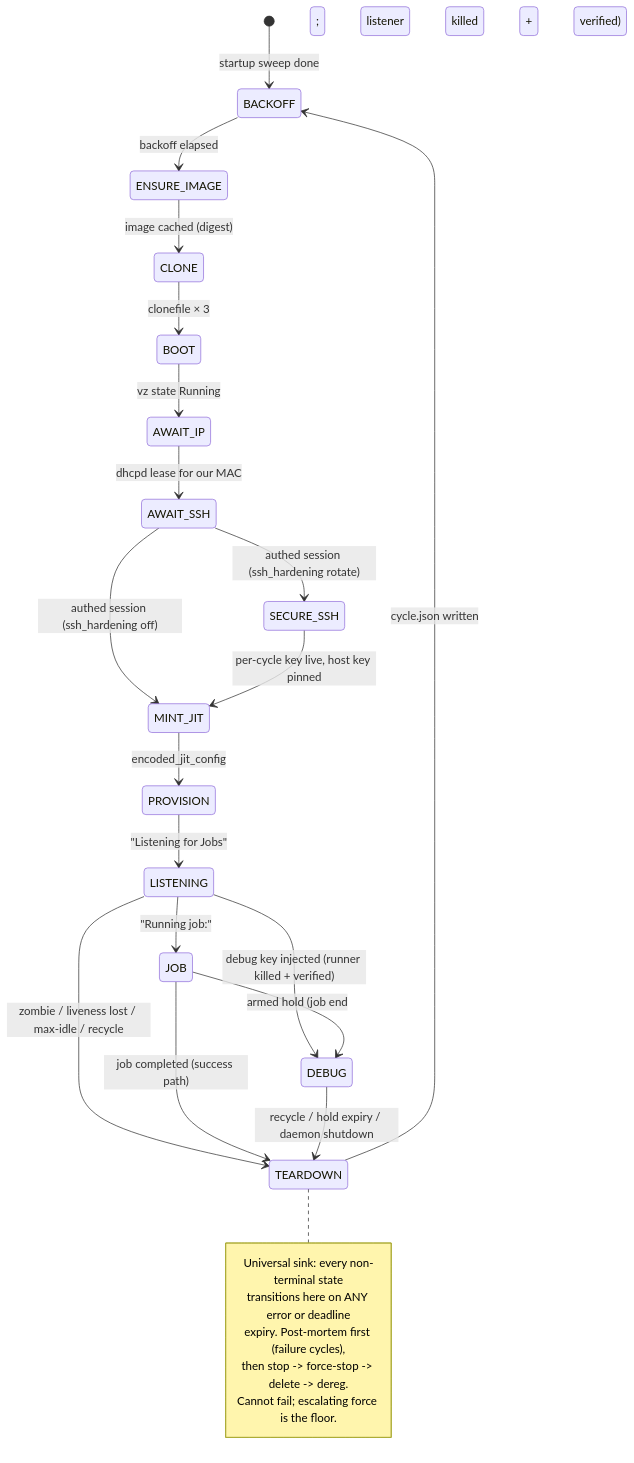
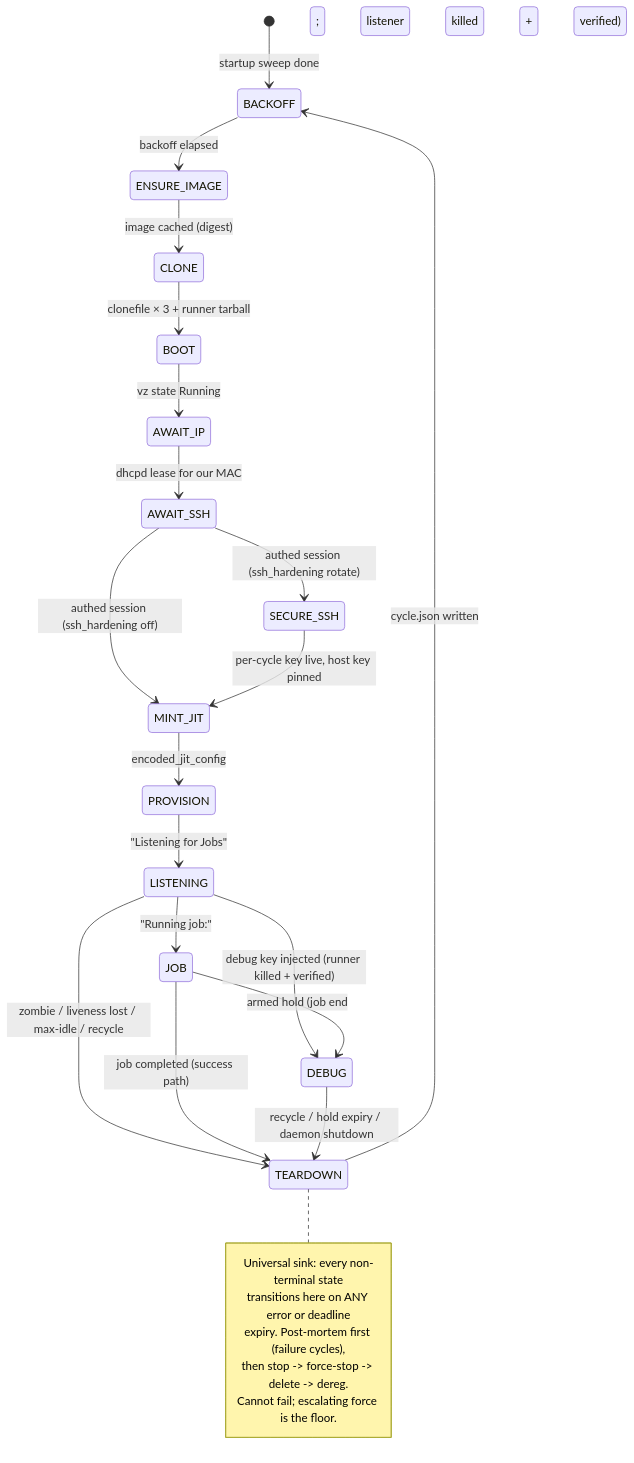
Before and after one commit to bojanrajkovic/runny: the second of 2 diagrams in docs/architecture/runnyd.md, drawn with Mermaid. The commit also changed other lines of this file and 19 other files, not shown here.

````diff
--- a/docs/architecture/runnyd.md
+++ b/docs/architecture/runnyd.md
@@ -45,29 +45,29 @@
 ```mermaid
 stateDiagram-v2
     [*] --> BACKOFF: startup sweep done
     BACKOFF --> ENSURE_IMAGE: backoff elapsed
     ENSURE_IMAGE --> CLONE: image cached (digest)
-    CLONE --> BOOT: clonefile × 3
+    CLONE --> BOOT: clonefile × 3 + runner tarball
     BOOT --> AWAIT_IP: vz state Running
     AWAIT_IP --> AWAIT_SSH: dhcpd lease for our MAC
     AWAIT_SSH --> SECURE_SSH: authed session (ssh_hardening rotate)
     AWAIT_SSH --> MINT_JIT: authed session (ssh_hardening off)
     SECURE_SSH --> MINT_JIT: per-cycle key live, host key pinned
     MINT_JIT --> PROVISION: encoded_jit_config
     PROVISION --> LISTENING: "Listening for Jobs"
     LISTENING --> JOB: "Running job:"
     LISTENING --> TEARDOWN: zombie / liveness lost / max-idle / recycle
     LISTENING --> DEBUG: debug key injected (runner killed + verified)
     JOB --> TEARDOWN: job completed (success path)
     JOB --> DEBUG: armed hold (job end; listener killed + verified)
     DEBUG --> TEARDOWN: recycle / hold expiry / daemon shutdown
     TEARDOWN --> BACKOFF: cycle.json written
 
     note right of TEARDOWN
         Universal sink: every non-terminal state
         transitions here on ANY error or deadline
         expiry. Post-mortem first (failure cycles),
         then stop -> force-stop -> delete -> dereg.
         Cannot fail; escalating force is the floor.
     end note
 ```
````
